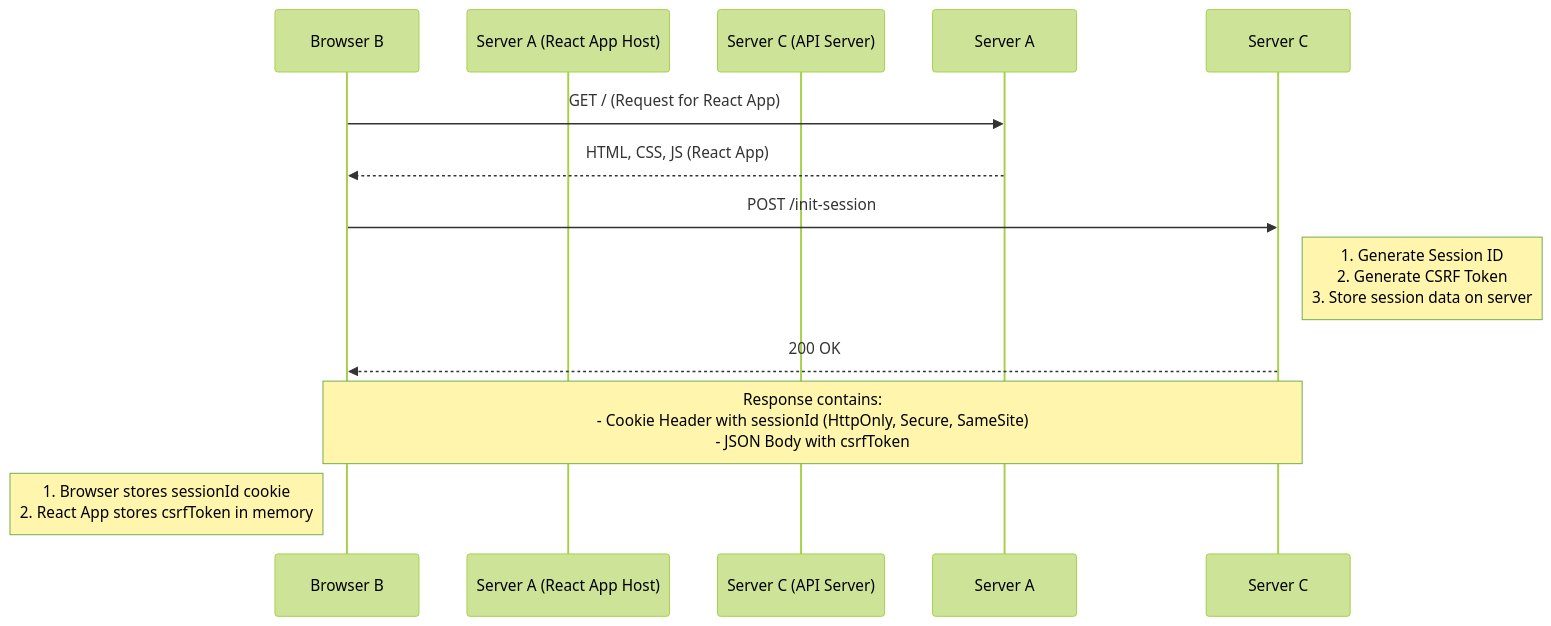
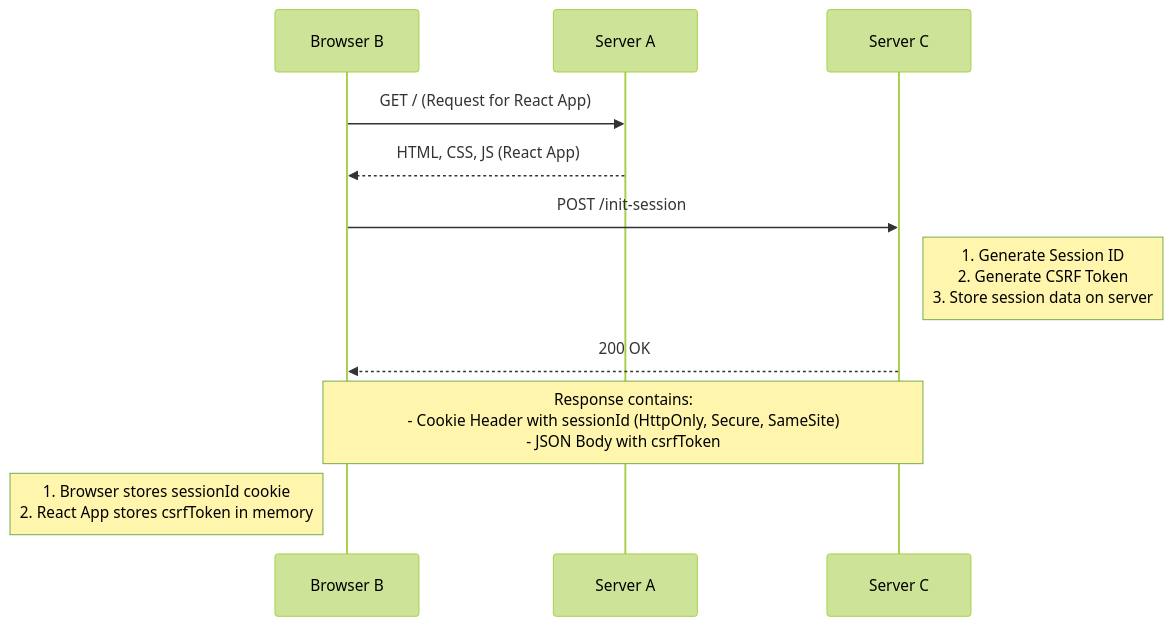
The first of 2 diagrams in csrfexample.md (akhanal/notes), drawn with Mermaid (forest theme) before and after one commit. The commit also changed other lines of this file, not shown here.

````diff
--- a/csrfexample.md
+++ b/csrfexample.md
@@ -16,17 +16,15 @@
 ```mermaid
 sequenceDiagram
-    participant Browser B
-    participant Server A (React App Host)
-    participant Server C (API Server)
+
 
     Browser B->>Server A: GET / (Request for React App)
     Server A-->>Browser B: HTML, CSS, JS (React App)
 
     Browser B->>Server C: POST /init-session
     Note right of Server C: 1. Generate Session ID<br/>2. Generate CSRF Token<br/>3. Store session data on server
 
     Server C-->>Browser B: 200 OK
     Note over Browser B, Server C: Response contains:<br/>- Cookie Header with sessionId (HttpOnly, Secure, SameSite)<br/>- JSON Body with csrfToken
     
     Note left of Browser B: 1. Browser stores sessionId cookie<br/>2. React App stores csrfToken in memory
 ```
````
